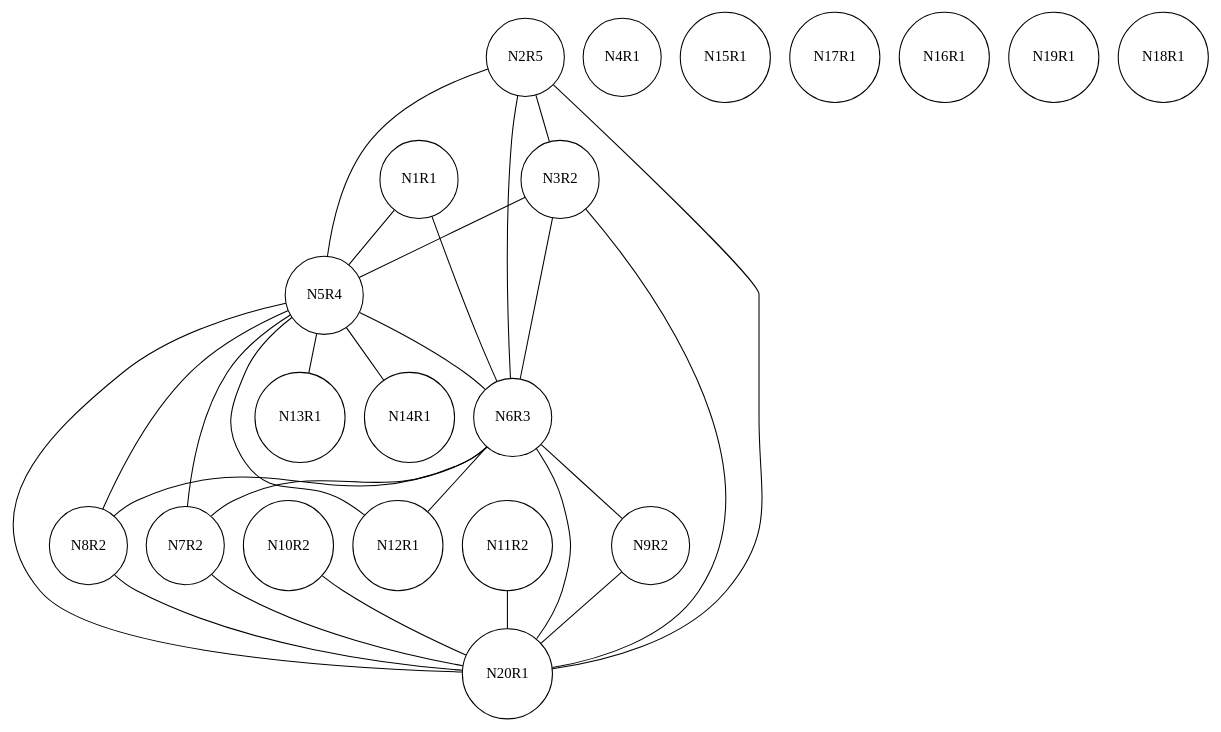
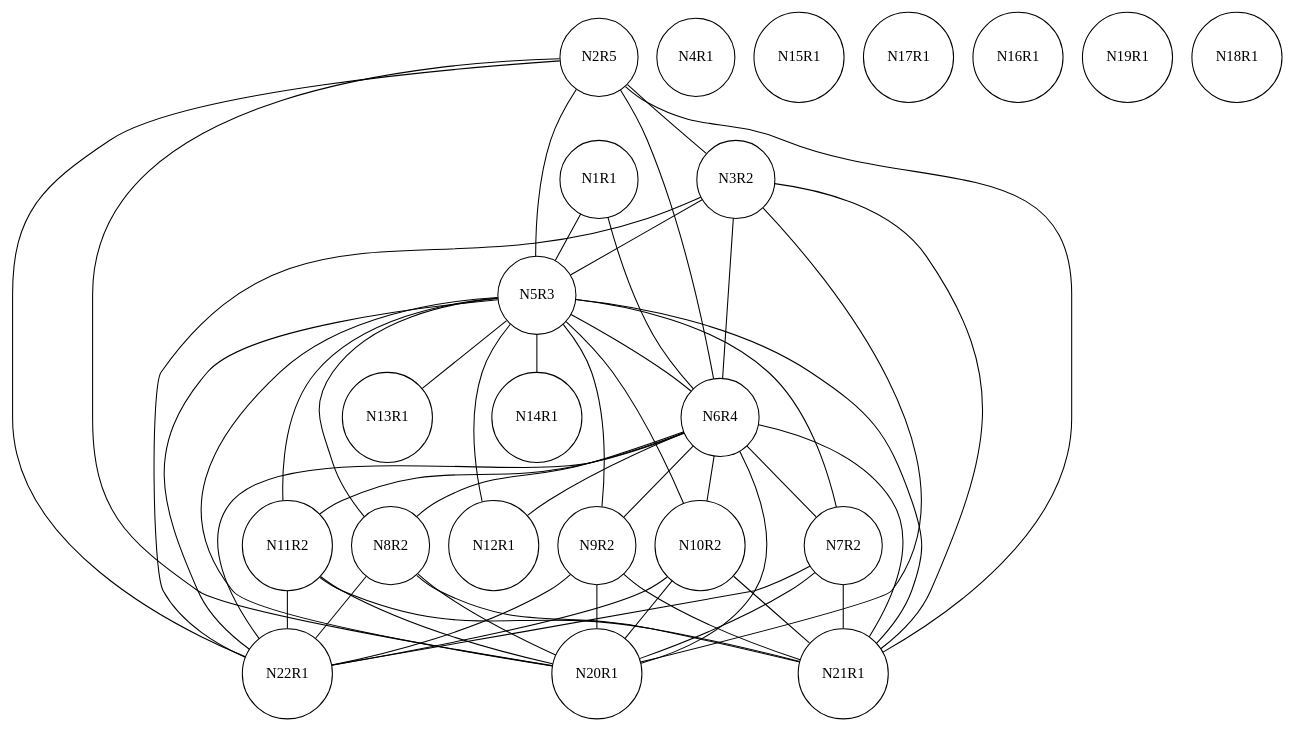
Before and after one commit to chris-wood/PL241-Compiler: the diagram in project/caw001.txt.ig.dot, drawn with Graphviz. The commit also changed 16 other files, not shown here.

```diff
--- a/project/caw001.txt.ig.dot
+++ b/project/caw001.txt.ig.dot
@@ -1,49 +1,74 @@
 graph ig {
     node [shape = circle];
     N1R1;
     N2R5;
     N3R2;
     N4R1;
-    N5R4;
-    N6R3;
+    N5R3;
+    N6R4;
     N7R2;
     N8R2;
     N9R2;
     N10R2;
     N11R2;
     N12R1;
     N13R1;
     N14R1;
     N15R1;
     N17R1;
     N16R1;
     N19R1;
     N18R1;
+    N21R1;
     N20R1;
-    N1R1 -- N6R3;
-    N1R1 -- N5R4;
+    N22R1;
+    N1R1 -- N5R3;
+    N1R1 -- N6R4;
     N2R5 -- N3R2;
-    N2R5 -- N6R3;
-    N2R5 -- N5R4;
     N2R5 -- N20R1;
-    N3R2 -- N6R3;
-    N3R2 -- N5R4;
+    N2R5 -- N21R1;
+    N2R5 -- N5R3;
+    N2R5 -- N6R4;
+    N2R5 -- N22R1;
     N3R2 -- N20R1;
-    N5R4 -- N14R1;
-    N5R4 -- N13R1;
-    N5R4 -- N12R1;
-    N5R4 -- N8R2;
-    N5R4 -- N7R2;
-    N5R4 -- N6R3;
-    N5R4 -- N20R1;
-    N6R3 -- N9R2;
-    N6R3 -- N12R1;
-    N6R3 -- N8R2;
-    N6R3 -- N7R2;
-    N6R3 -- N20R1;
+    N3R2 -- N21R1;
+    N3R2 -- N5R3;
+    N3R2 -- N6R4;
+    N3R2 -- N22R1;
+    N5R3 -- N14R1;
+    N5R3 -- N13R1;
+    N5R3 -- N12R1;
+    N5R3 -- N20R1;
+    N5R3 -- N21R1;
+    N5R3 -- N22R1;
+    N5R3 -- N11R2;
+    N5R3 -- N10R2;
+    N5R3 -- N6R4;
+    N5R3 -- N9R2;
+    N5R3 -- N8R2;
+    N5R3 -- N7R2;
+    N6R4 -- N12R1;
+    N6R4 -- N20R1;
+    N6R4 -- N21R1;
+    N6R4 -- N22R1;
+    N6R4 -- N11R2;
+    N6R4 -- N10R2;
+    N6R4 -- N9R2;
+    N6R4 -- N8R2;
+    N6R4 -- N7R2;
     N7R2 -- N20R1;
+    N7R2 -- N21R1;
+    N7R2 -- N22R1;
     N8R2 -- N20R1;
+    N8R2 -- N21R1;
+    N8R2 -- N22R1;
     N9R2 -- N20R1;
+    N9R2 -- N21R1;
+    N9R2 -- N22R1;
     N10R2 -- N20R1;
+    N10R2 -- N21R1;
+    N10R2 -- N22R1;
     N11R2 -- N20R1;
+    N11R2 -- N21R1;
+    N11R2 -- N22R1;
 }
```
